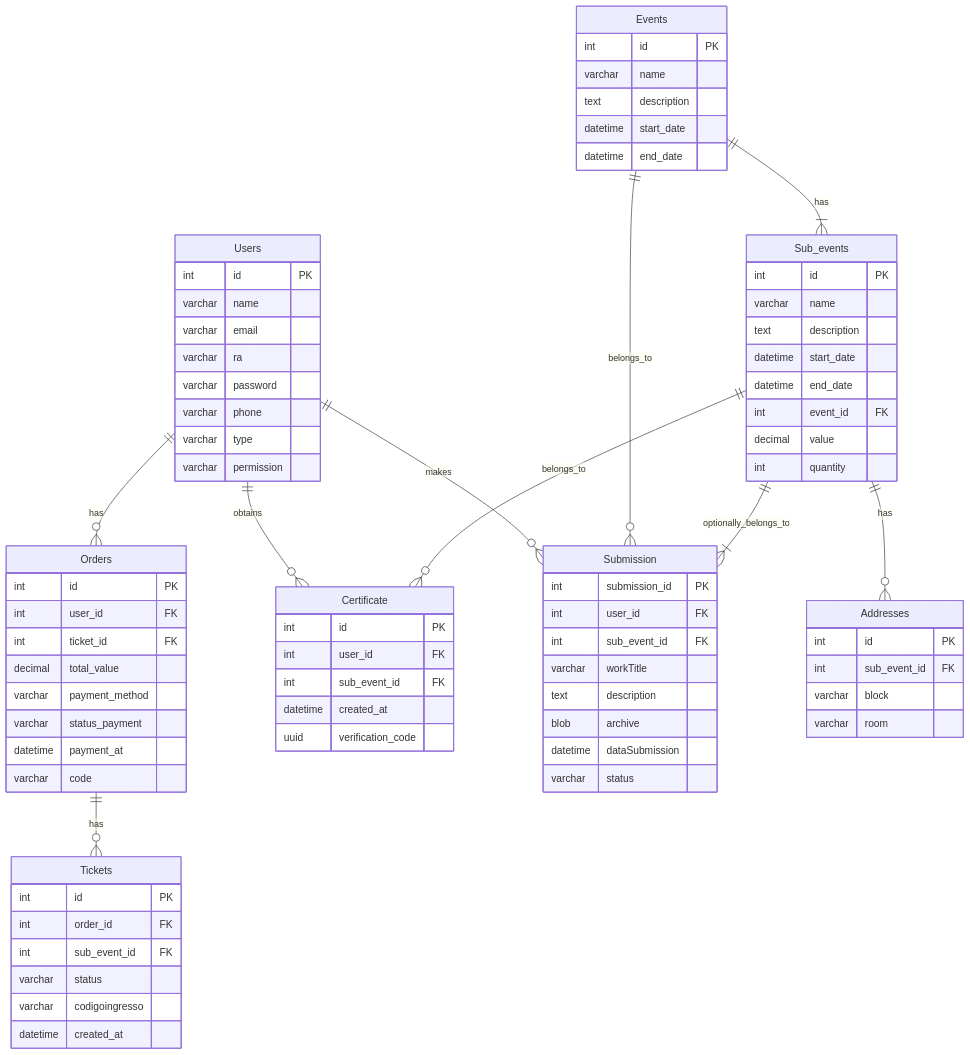
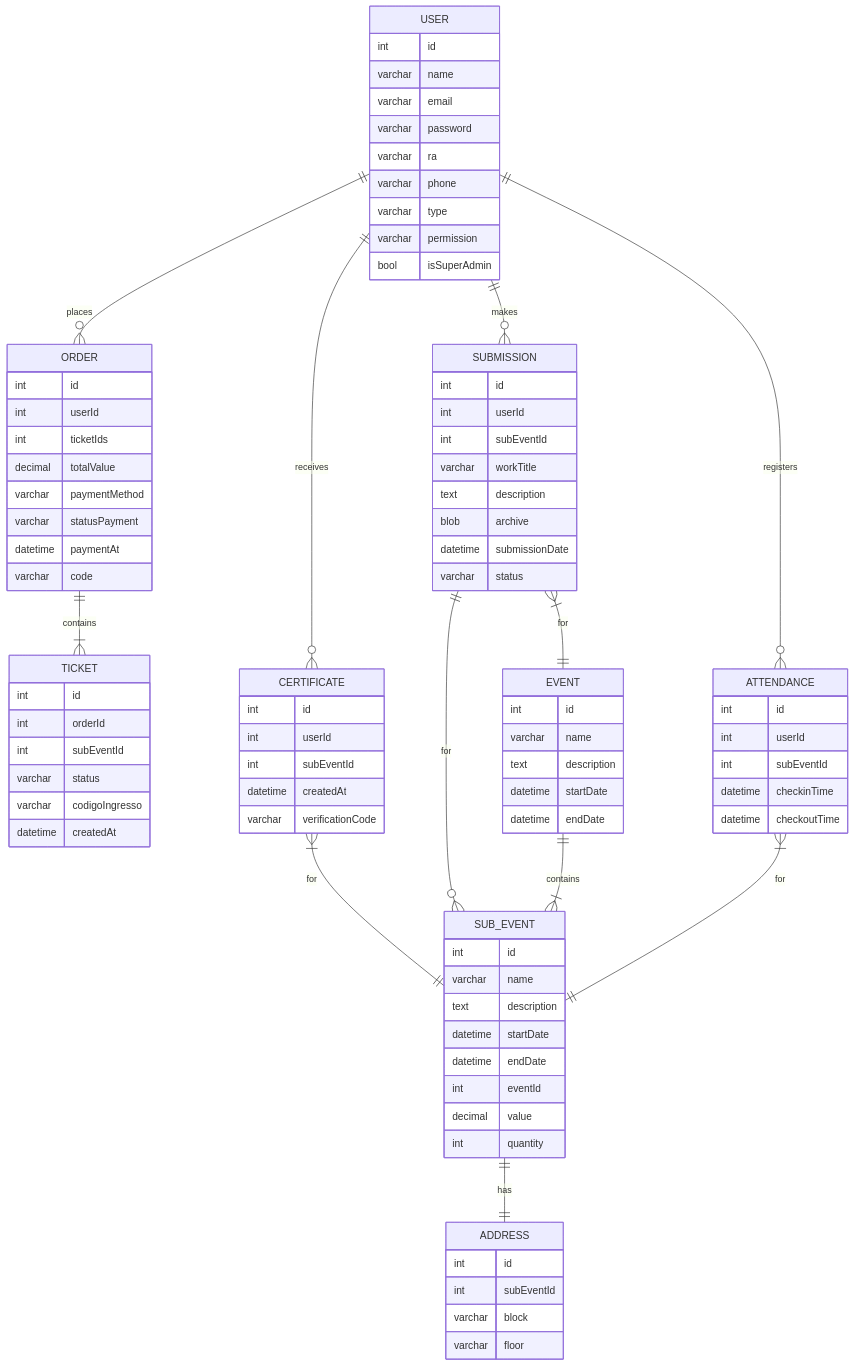
One commit to SIN-disciplina-PI5/unicap-events-backend changed the diagram in docs/er-diagram.mmd. Above: the diagram before and after it, drawn with Mermaid.

Commit message:
feat: adição da classe Attendance para verificar presença

```diff
--- a/docs/er-diagram.mmd
+++ b/docs/er-diagram.mmd
@@ -1,86 +1,97 @@
 erDiagram
-    Users ||--o{ Orders : has
-    Orders ||--o{ Tickets : has
-    Users ||--o{ Certificate : obtains
-    Sub_events ||--o{ Certificate : belongs_to
-    Users ||--o{ Submission : makes
-    Events ||--o{ Submission : belongs_to
-    Sub_events ||--|{ Submission : optionally_belongs_to
-    Events ||--|{ Sub_events : has
-    Sub_events ||--o{ Addresses : has
+    USER ||--o{ ORDER : places
+    ORDER ||--|{ TICKET : contains
+    USER ||--o{ CERTIFICATE : receives
+    CERTIFICATE }|--|| SUB_EVENT : "for"
+    USER ||--o{ SUBMISSION : makes
+    SUBMISSION }|--|| EVENT : "for"
+    SUBMISSION ||--o{ SUB_EVENT : "for"
+    EVENT ||--|{ SUB_EVENT : contains
+    SUB_EVENT ||--|| ADDRESS : has
+    USER ||--o{ ATTENDANCE : registers
+    ATTENDANCE }|--|| SUB_EVENT : "for"
 
-    Users {
-        int id PK
+    USER {
+        int id
         varchar name
         varchar email
+        varchar password
         varchar ra
-        varchar password
         varchar phone
         varchar type
         varchar permission
+        bool isSuperAdmin
     }
 
-    Orders {
-        int id PK
-        int user_id FK
-        int ticket_id FK
-        decimal total_value
-        varchar payment_method
-        varchar status_payment
-        datetime payment_at
+    ORDER {
+        int id
+        int userId
+        int ticketIds
+        decimal totalValue
+        varchar paymentMethod
+        varchar statusPayment
+        datetime paymentAt
         varchar code
     }
 
-    Tickets {
-        int id PK
-        int order_id FK
-        int sub_event_id FK 
+    TICKET {
+        int id
+        int orderId
+        int subEventId
         varchar status
-        varchar codigoingresso
-        datetime created_at
+        varchar codigoIngresso
+        datetime createdAt
     }
 
-    Certificate {
-        int id PK
-        int user_id FK
-        int sub_event_id FK
-        datetime created_at
-        uuid verification_code
+    CERTIFICATE {
+        int id
+        int userId
+        int subEventId
+        datetime createdAt
+        varchar verificationCode
     }
 
-    Submission {
-        int submission_id PK
-        int user_id FK
-        int sub_event_id FK
+    SUBMISSION {
+        int id
+        int userId
+        int subEventId
         varchar workTitle
         text description
         blob archive
-        datetime dataSubmission
+        datetime submissionDate
         varchar status
     }
 
-    Events {
-        int id PK
+    EVENT {
+        int id
         varchar name
         text description
-        datetime start_date
-        datetime end_date
+        datetime startDate
+        datetime endDate
     }
 
-    Sub_events {
-        int id PK
+    SUB_EVENT {
+        int id
         varchar name
         text description
-        datetime start_date
-        datetime end_date
-        int event_id FK
+        datetime startDate
+        datetime endDate
+        int eventId
         decimal value
         int quantity
     }
 
-    Addresses {
-        int id PK
-        int sub_event_id FK
+    ADDRESS {
+        int id
+        int subEventId
         varchar block
-        varchar room
+        varchar floor
     }
+
+    ATTENDANCE {
+        int id
+        int userId
+        int subEventId
+        datetime checkinTime
+        datetime checkoutTime
+    }
```
